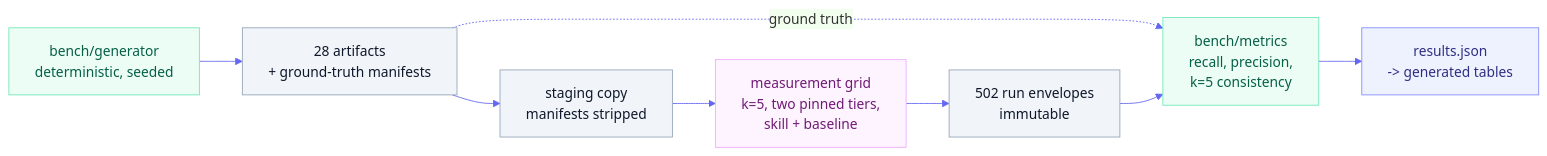
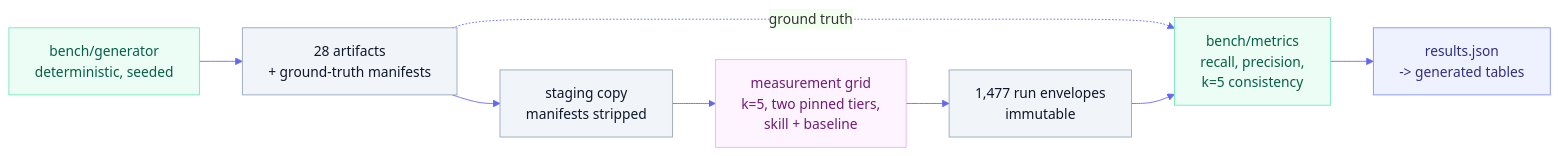
Before and after one commit to product-on-purpose/critique-skills: the diagram in docs/explanation/architecture-detail.md, drawn with Mermaid. The commit also changed other lines of this file and 4 other files, not shown here.

First line of the commit message:
docs: view the Mermaid diagrams in both themes, file the label clipping (E40, E74) (#114)

````diff
--- a/docs/explanation/architecture-detail.md
+++ b/docs/explanation/architecture-detail.md
@@ -103,16 +103,16 @@
 ```mermaid
 %%{init: {'theme':'base','themeVariables':{'primaryColor':'#eef2ff','primaryBorderColor':'#c7d2fe','lineColor':'#6366f1','fontFamily':'system-ui, sans-serif'}}}%%
 flowchart LR
   gen["bench/generator<br/>deterministic, seeded"]:::det --> corpus["28 artifacts<br/>+ ground-truth manifests"]:::data
   corpus --> staging["staging copy<br/>manifests stripped"]:::data
   staging --> runs["measurement grid<br/>k=5, two pinned tiers,<br/>skill + baseline"]:::run
-  runs --> env["502 run envelopes<br/>immutable"]:::data
+  runs --> env["1,477 run envelopes<br/>immutable"]:::data
   corpus -.ground truth.-> score["bench/metrics<br/>recall, precision,<br/>k=5 consistency"]:::det
   env --> score
   score --> results["results.json<br/>-> generated tables"]:::out
 
   classDef det fill:#ecfdf5,stroke:#6ee7b7,color:#065f46
   classDef data fill:#f1f5f9,stroke:#94a3b8,color:#0f172a
   classDef run fill:#fdf4ff,stroke:#f0abfc,color:#701a75
   classDef out fill:#eef2ff,stroke:#818cf8,color:#312e81
 ```
````
